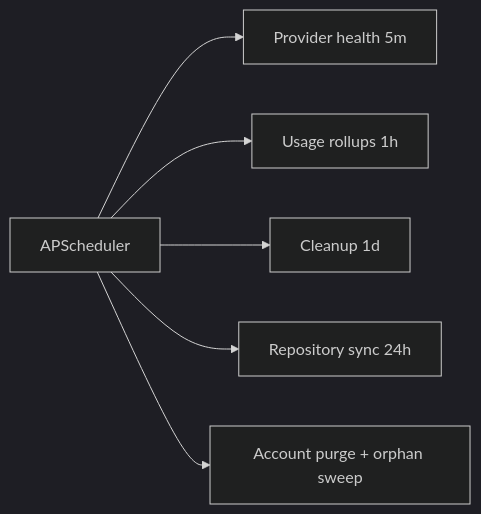
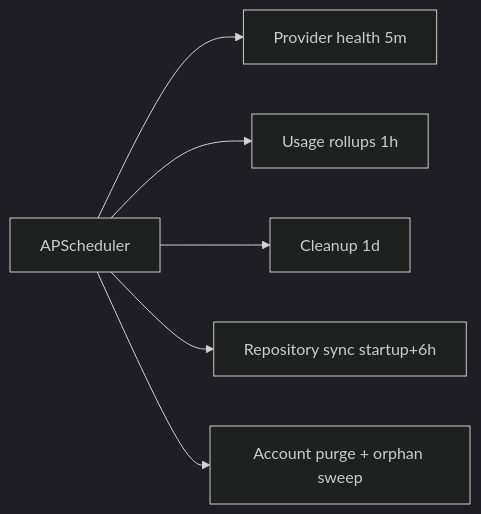
Before and after one commit to TitanNatesan/ToLLma: the sixth of 8 diagrams in docs/ARCHITECTURE.md, drawn with Mermaid (dark theme). The commit also changed other lines of this file and 61 other files, not shown here.

````diff
--- a/docs/ARCHITECTURE.md
+++ b/docs/ARCHITECTURE.md
@@ -93,8 +94,8 @@
 ```mermaid
 flowchart LR
     SCHED[APScheduler] --> HEALTH[Provider health 5m]
     SCHED --> ROLL[Usage rollups 1h]
     SCHED --> CLEAN[Cleanup 1d]
-    SCHED --> REPO[Repository sync 24h]
+    SCHED --> REPO[Repository sync startup+6h]
     SCHED --> DEL[Account purge + orphan sweep]
 ```
````
